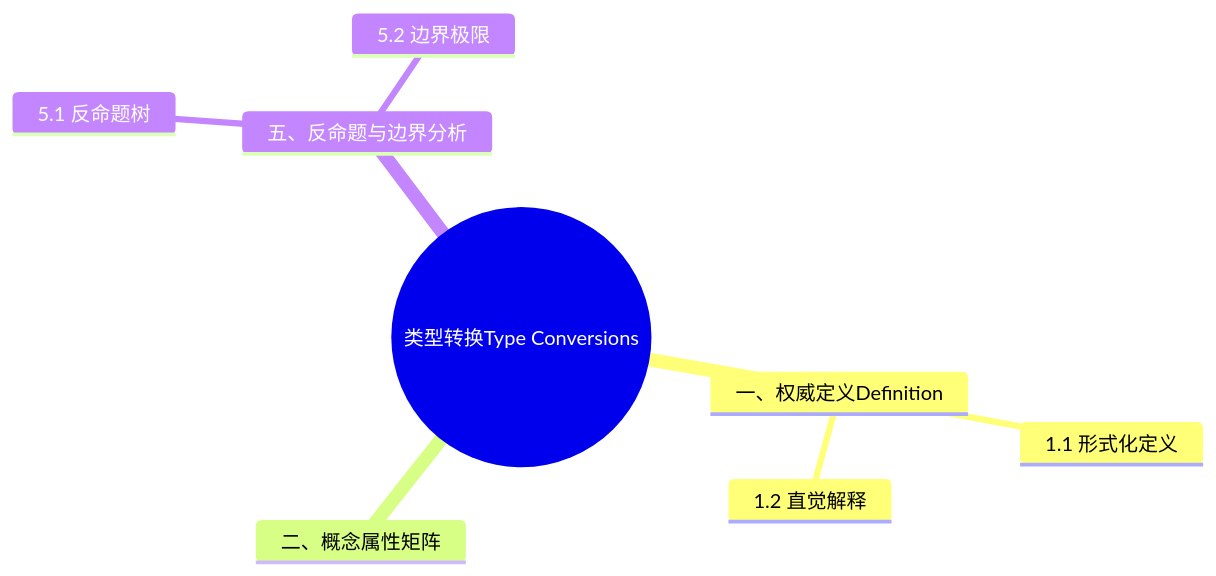
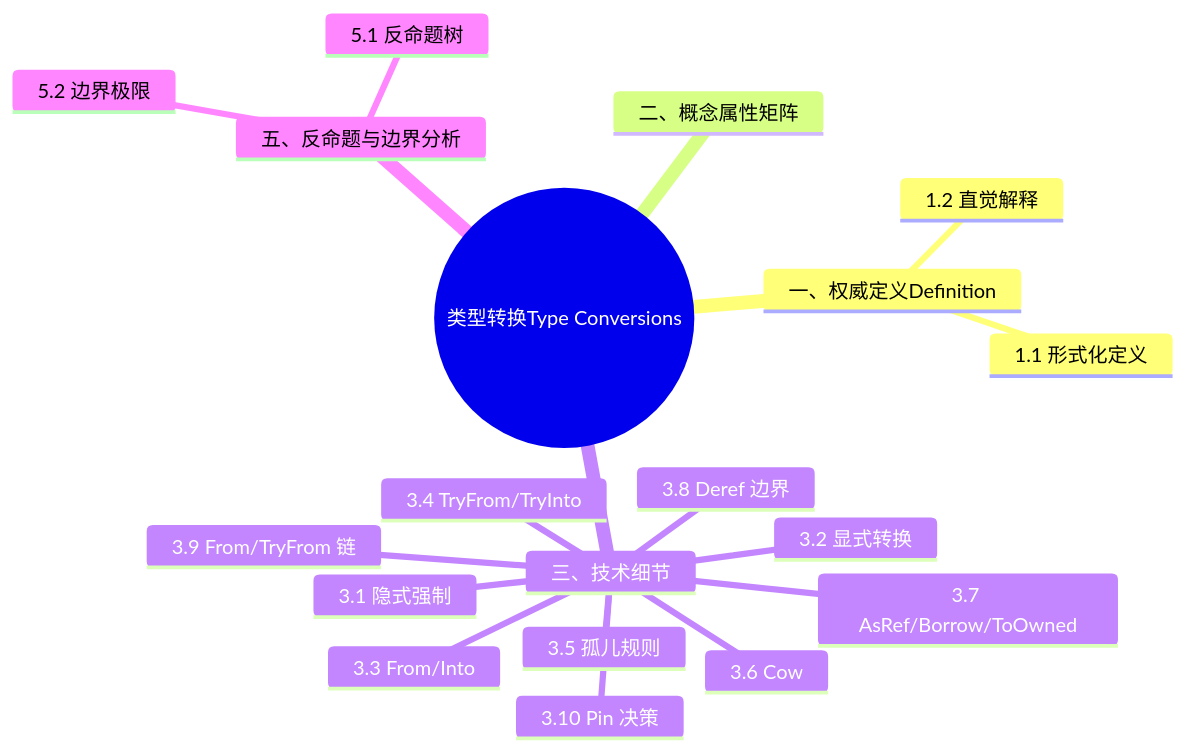
The second of 2 diagrams in concept/02_intermediate/04_types_and_conversions/07_type_conversions.md (martin-ly/rust-lang), drawn with Mermaid before and after one commit. The commit also changed other lines of this file and 39 other files, not shown here.

````diff
--- a/concept/02_intermediate/04_types_and_conversions/07_type_conversions.md
+++ b/concept/02_intermediate/04_types_and_conversions/07_type_conversions.md
@@ -488,11 +663,22 @@
 ```mermaid
 mindmap
   root((类型转换Type Conversions))
     一、权威定义Definition
       1.1 形式化定义
       1.2 直觉解释
     二、概念属性矩阵
+    三、技术细节
+      3.1 隐式强制
+      3.2 显式转换
+      3.3 From/Into
+      3.4 TryFrom/TryInto
+      3.5 孤儿规则
+      3.6 Cow
+      3.7 AsRef/Borrow/ToOwned
+      3.8 Deref 边界
+      3.9 From/TryFrom 链
+      3.10 Pin 决策
     五、反命题与边界分析
       5.1 反命题树
       5.2 边界极限
 ```
````
